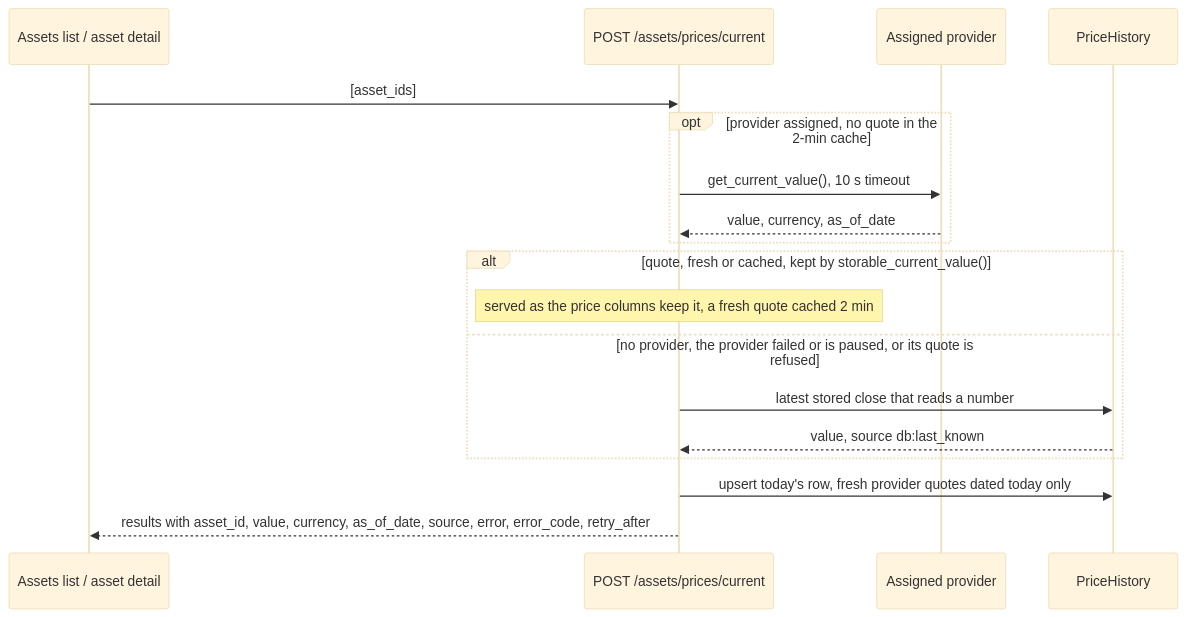
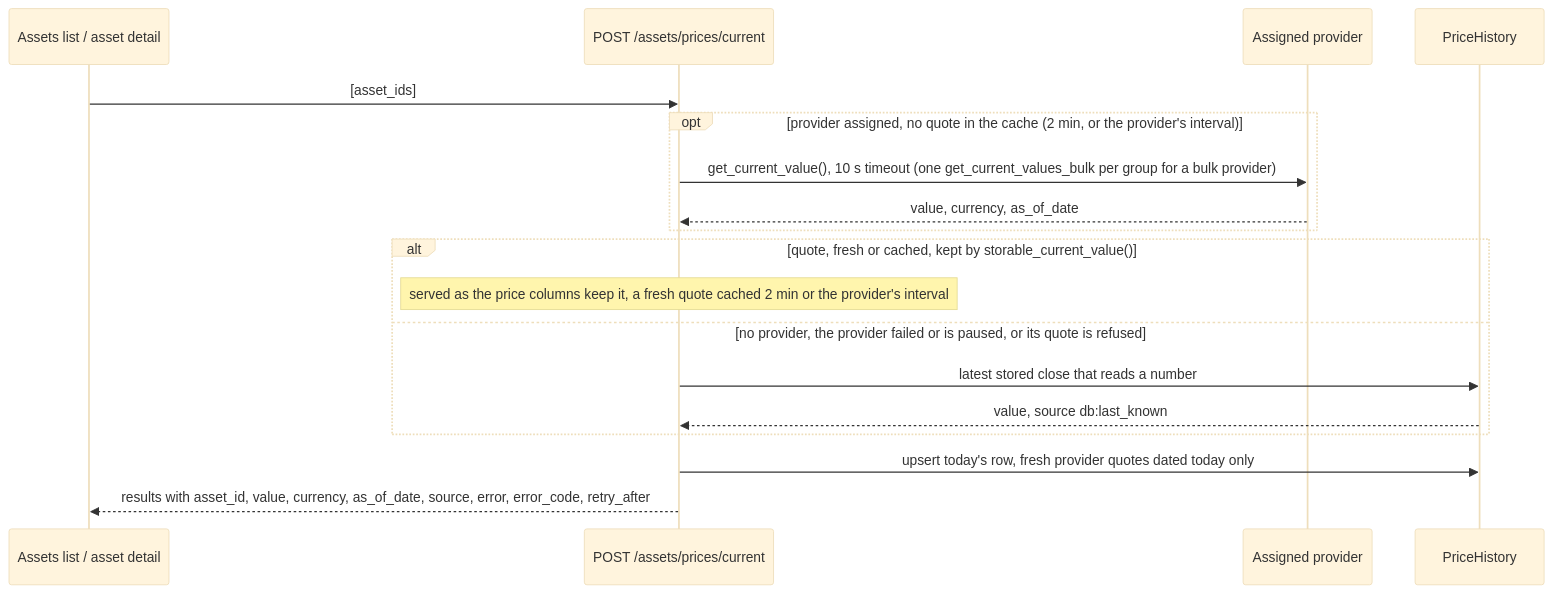
One commit to Librefolio/LibreFolio changed the third of 3 diagrams in mkdocs_src/docs/developer/frontend/components/features/live-ticker.md. Above: the diagram before and after it, drawn with Mermaid (base theme). The commit also changed other lines of this file and 4 other files, not shown here.

Commit message:
docs(assets): current-value interval per provider

````diff
--- a/mkdocs_src/docs/developer/frontend/components/features/live-ticker.md
+++ b/mkdocs_src/docs/developer/frontend/components/features/live-ticker.md
@@ -643,21 +643,21 @@
 ```mermaid
 sequenceDiagram
     participant Page as Assets list / asset detail
     participant API as POST /assets/prices/current
     participant Prov as Assigned provider
     participant DB as PriceHistory
 
     Page->>API: [asset_ids]
-    opt provider assigned, no quote in the 2-min cache
-        API->>Prov: get_current_value(), 10 s timeout
+    opt provider assigned, no quote in the cache (2 min, or the provider's interval)
+        API->>Prov: get_current_value(), 10 s timeout (one get_current_values_bulk per group for a bulk provider)
         Prov-->>API: value, currency, as_of_date
     end
     alt quote, fresh or cached, kept by storable_current_value()
-        Note over API: served as the price columns keep it, a fresh quote cached 2 min
+        Note over API: served as the price columns keep it, a fresh quote cached 2 min or the provider's interval
     else no provider, the provider failed or is paused, or its quote is refused
         API->>DB: latest stored close that reads a number
         DB-->>API: value, source db:last_known
     end
     API->>DB: upsert today's row, fresh provider quotes dated today only
     API-->>Page: results with asset_id, value, currency, as_of_date, source, error, error_code, retry_after
 ```
````
